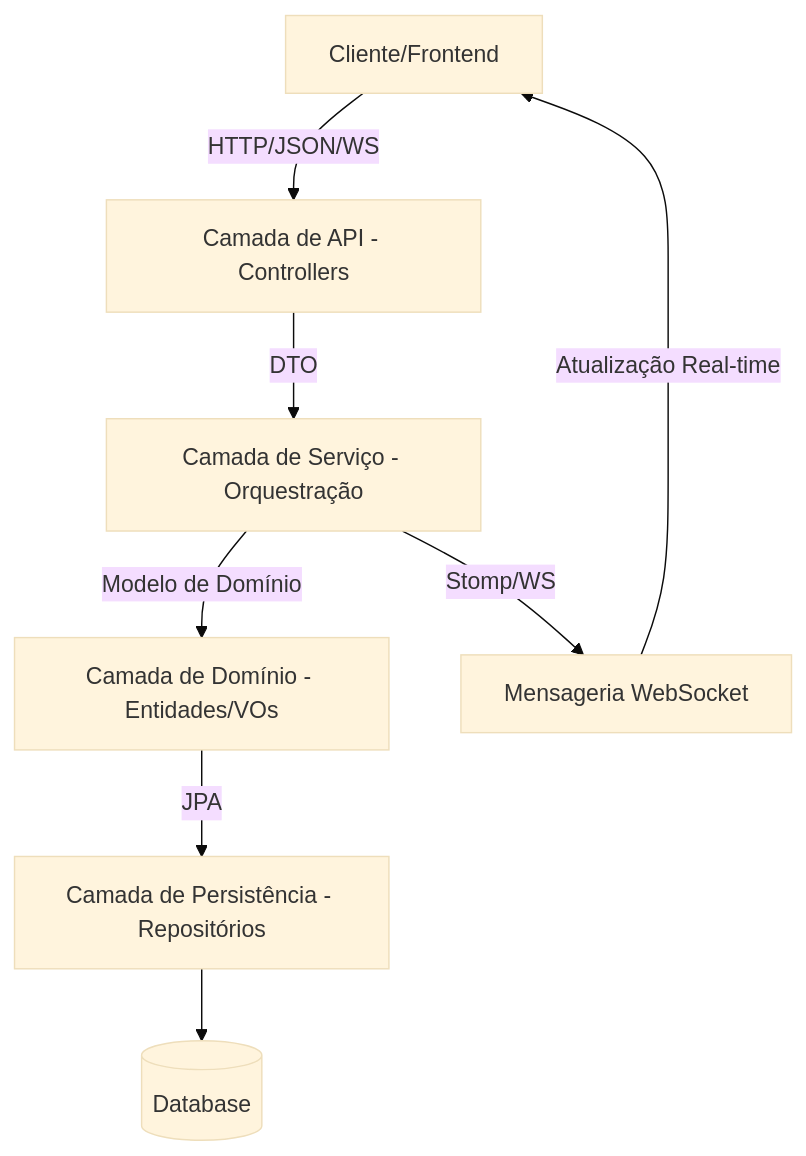
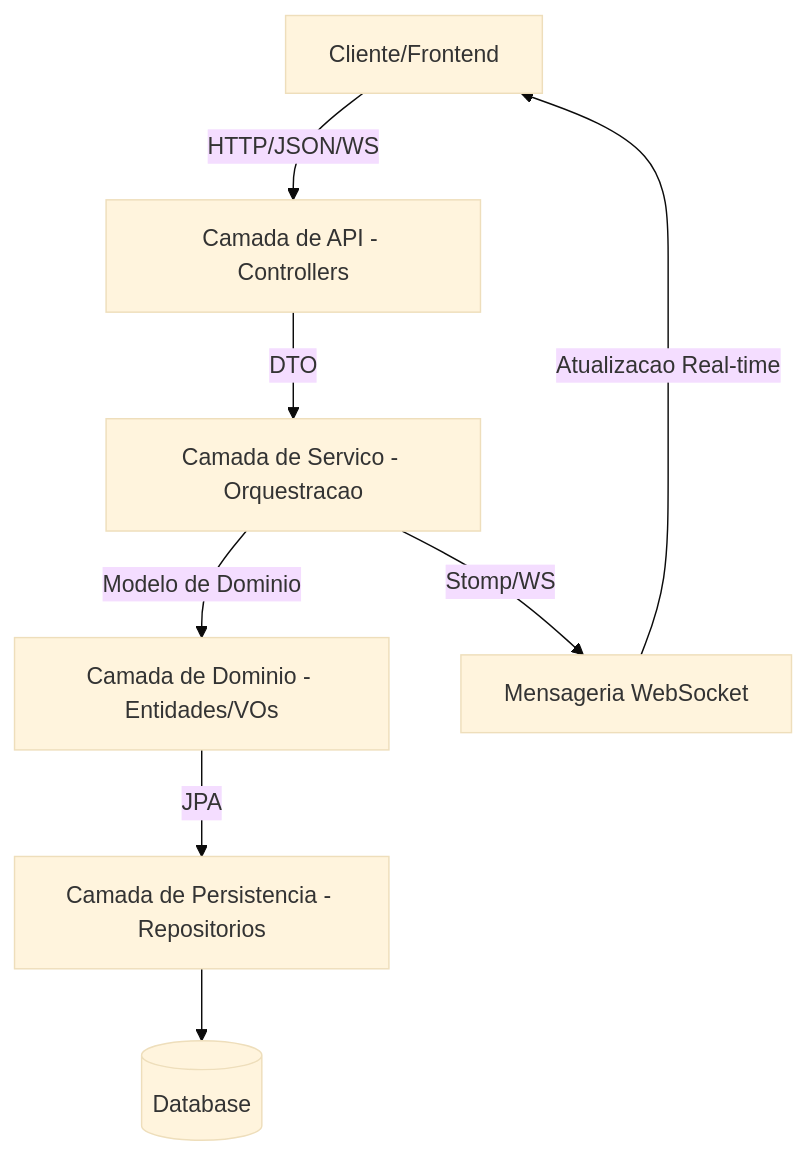
The first of 2 diagrams in docs/pt-br/ARQUITETURA.md (DessimA/delivery_system), drawn with Mermaid (base theme) before and after one commit. The commit also changed other lines of this file and 21 other files, not shown here.

````diff
--- a/docs/pt-br/ARQUITETURA.md
+++ b/docs/pt-br/ARQUITETURA.md
@@ -7,10 +9,10 @@
 ```mermaid
 graph TD
     Client[Cliente/Frontend] -- HTTP/JSON/WS --> API[Camada de API - Controllers]
-    API -- DTO --> Service[Camada de Serviço - Orquestração]
-    Service -- Modelo de Domínio --> Domain[Camada de Domínio - Entidades/VOs]
-    Domain -- JPA --> Persistence[Camada de Persistência - Repositórios]
+    API -- DTO --> Service[Camada de Servico - Orquestracao]
+    Service -- Modelo de Dominio --> Domain[Camada de Dominio - Entidades/VOs]
+    Domain -- JPA --> Persistence[Camada de Persistencia - Repositorios]
     Persistence --> DB[(Database)]
     Service -- Stomp/WS --> Broker[Mensageria WebSocket]
-    Broker -- Atualização Real-time --> Client
+    Broker -- Atualizacao Real-time --> Client
 ```
````
